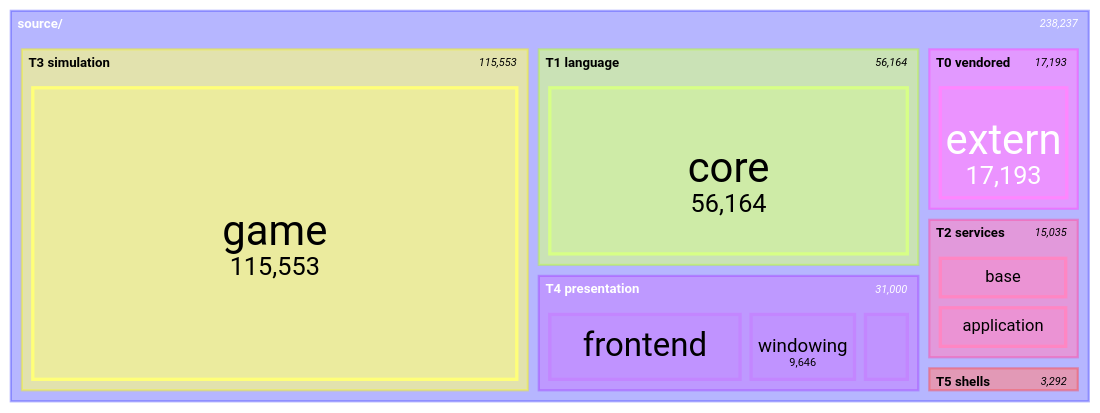
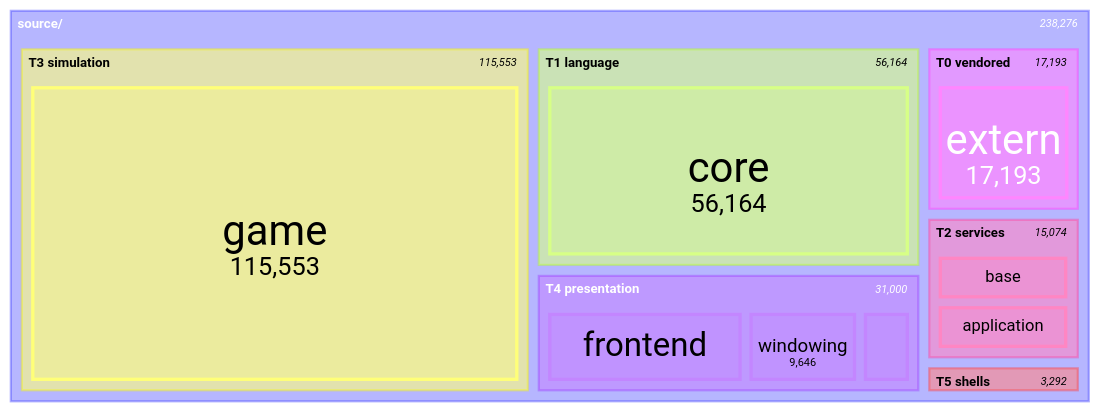
The seventh of 11 diagrams in docs/architecture/system-boundaries.md (apnex/OpenStarbound), drawn with Mermaid before and after one commit. The commit also changed other lines of this file and 6 other files, not shown here.

````diff
--- a/docs/architecture/system-boundaries.md
+++ b/docs/architecture/system-boundaries.md
@@ -577,21 +583,22 @@
 ```mermaid
 treemap-beta
 "source/"
     "T0 vendored"
         "extern": 17193
     "T1 language"
         "core": 56164
     "T2 services"
         "base": 7449
         "application": 7444
         "platform": 142
+        "metrics": 39
     "T3 simulation"
         "game": 115553
     "T4 presentation"
         "frontend": 16863
         "windowing": 9646
         "rendering": 4491
     "T5 shells"
         "client": 2509
         "server": 783
 ```
````
